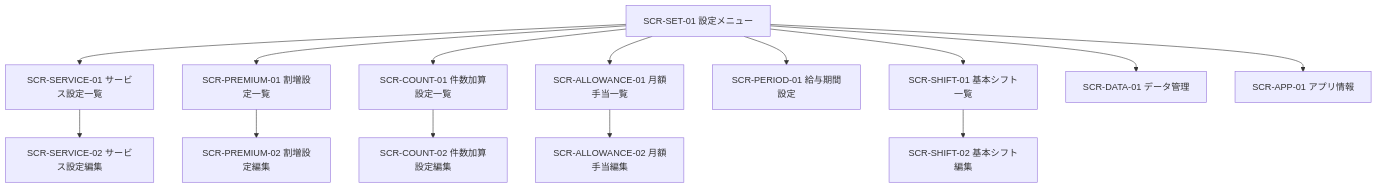
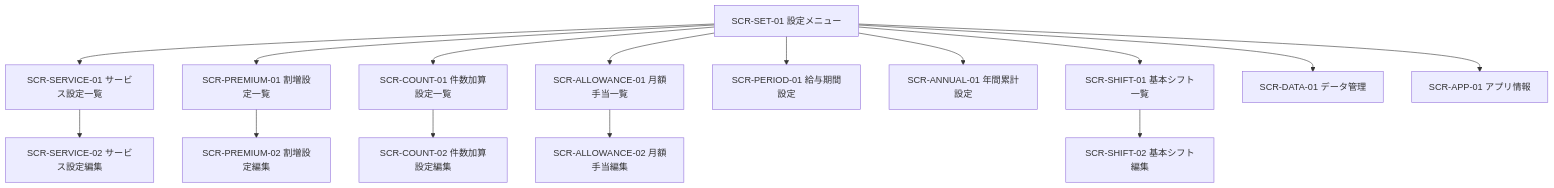
Before and after one commit to Adachi-Leelia/TkpSalaryCalculator: the third of 3 diagrams in docs/screen_specification.md, drawn with Mermaid. The commit also changed other lines of this file and 37 other files, not shown here.

````diff
--- a/docs/screen_specification.md
+++ b/docs/screen_specification.md
@@ -80,26 +80,28 @@
 ```mermaid
 flowchart TD
     SET[SCR-SET-01 設定メニュー]
     SERVICE[SCR-SERVICE-01 サービス設定一覧]
     SERVICE_EDIT[SCR-SERVICE-02 サービス設定編集]
     PREMIUM[SCR-PREMIUM-01 割増設定一覧]
     PREMIUM_EDIT[SCR-PREMIUM-02 割増設定編集]
     COUNT[SCR-COUNT-01 件数加算設定一覧]
     COUNT_EDIT[SCR-COUNT-02 件数加算設定編集]
     ALLOWANCE[SCR-ALLOWANCE-01 月額手当一覧]
     ALLOWANCE_EDIT[SCR-ALLOWANCE-02 月額手当編集]
     PERIOD[SCR-PERIOD-01 給与期間設定]
+    ANNUAL[SCR-ANNUAL-01 年間累計設定]
     SHIFT[SCR-SHIFT-01 基本シフト一覧]
     SHIFT_EDIT[SCR-SHIFT-02 基本シフト編集]
     DATA[SCR-DATA-01 データ管理]
     APP[SCR-APP-01 アプリ情報]
 
     SET --> SERVICE --> SERVICE_EDIT
     SET --> PREMIUM --> PREMIUM_EDIT
     SET --> COUNT --> COUNT_EDIT
     SET --> ALLOWANCE --> ALLOWANCE_EDIT
     SET --> PERIOD
+    SET --> ANNUAL
     SET --> SHIFT --> SHIFT_EDIT
     SET --> DATA
     SET --> APP
 ```
````
